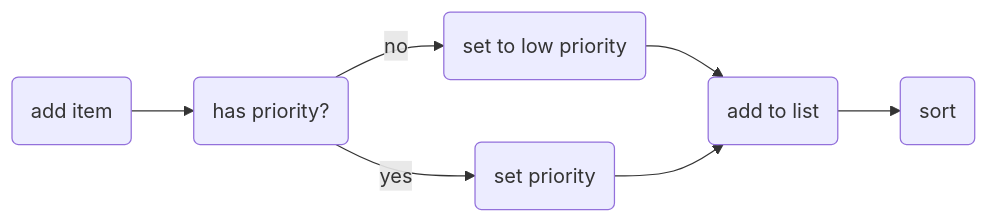
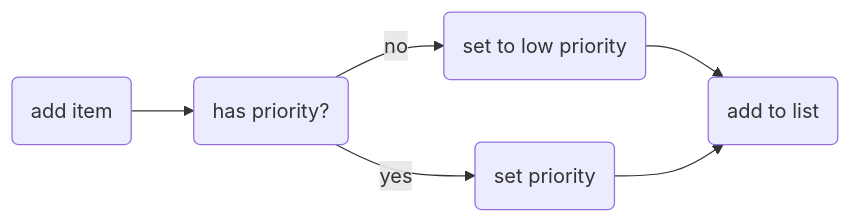
Before and after one commit to rustystick/apex-priority-queue: the first of 2 diagrams in README.md, drawn with Mermaid.

````diff
--- a/README.md
+++ b/README.md
@@ -34,9 +34,8 @@
 ```mermaid
  graph LR;
  A(add item) --> B(has priority?)
  B --> |no| C(set to low priority)
  B --> |yes| D(set priority)
  C --> E(add to list)
  D --> E
- E --> F(sort)
  ```
````
